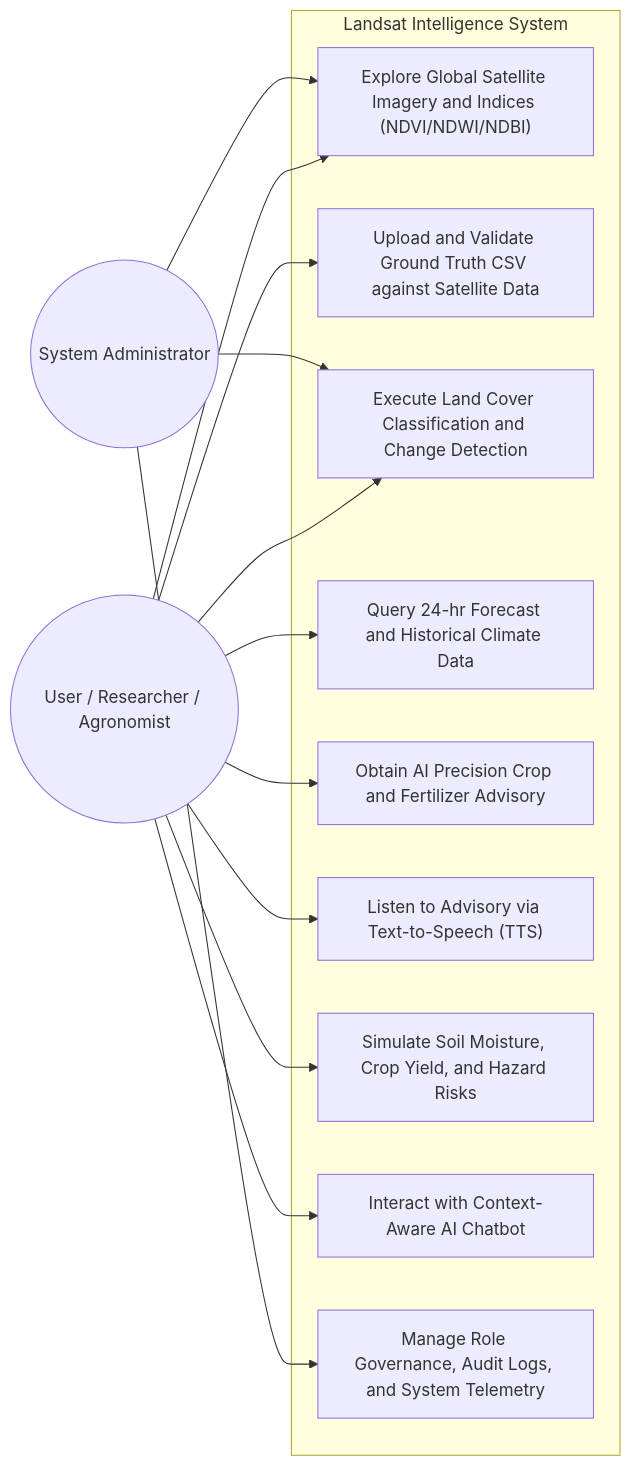
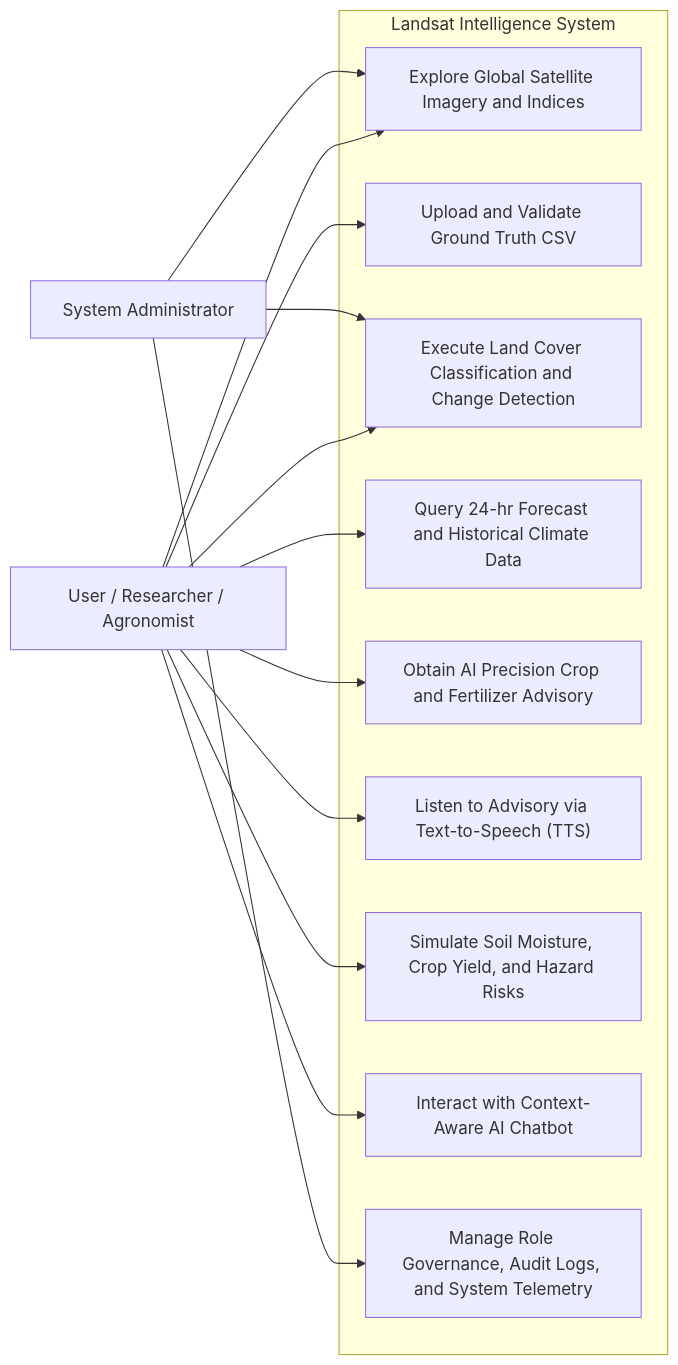
One commit to ArrinPaul/Landsat changed the third of 5 diagrams in README.md. Above: the diagram before and after it, drawn with Mermaid. The commit also changed other lines of this file, not shown here.

````diff
--- a/README.md
+++ b/README.md
@@ -179,29 +179,29 @@
 ```mermaid
 graph LR
-    User((User / Researcher / Agronomist))
-    Admin((System Administrator))
+    User["User / Researcher / Agronomist"]
+    Admin["System Administrator"]
 
     subgraph Landsat_Platform["Landsat Intelligence System"]
-        UC1["Explore Global Satellite Imagery and Indices (NDVI/NDWI/NDBI)"]
-        UC2["Upload and Validate Ground Truth CSV against Satellite Data"]
+        UC1["Explore Global Satellite Imagery and Indices"]
+        UC2["Upload and Validate Ground Truth CSV"]
         UC3["Execute Land Cover Classification and Change Detection"]
         UC4["Query 24-hr Forecast and Historical Climate Data"]
         UC5["Obtain AI Precision Crop and Fertilizer Advisory"]
         UC6["Listen to Advisory via Text-to-Speech (TTS)"]
         UC7["Simulate Soil Moisture, Crop Yield, and Hazard Risks"]
         UC8["Interact with Context-Aware AI Chatbot"]
         UC9["Manage Role Governance, Audit Logs, and System Telemetry"]
     end
 
     User --> UC1
     User --> UC2
     User --> UC3
     User --> UC4
     User --> UC5
     User --> UC6
     User --> UC7
     User --> UC8
     Admin --> UC9
     Admin --> UC1
     Admin --> UC3
 ```
````
